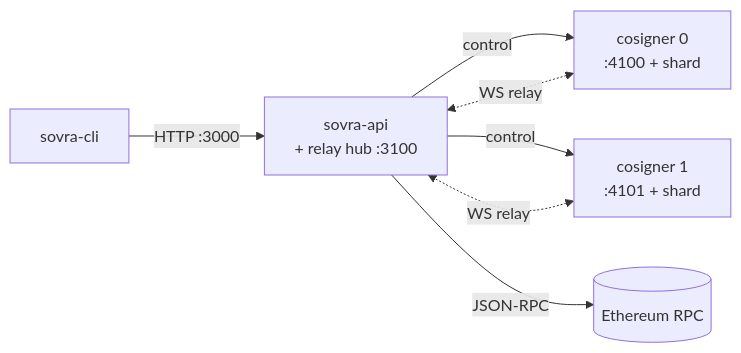
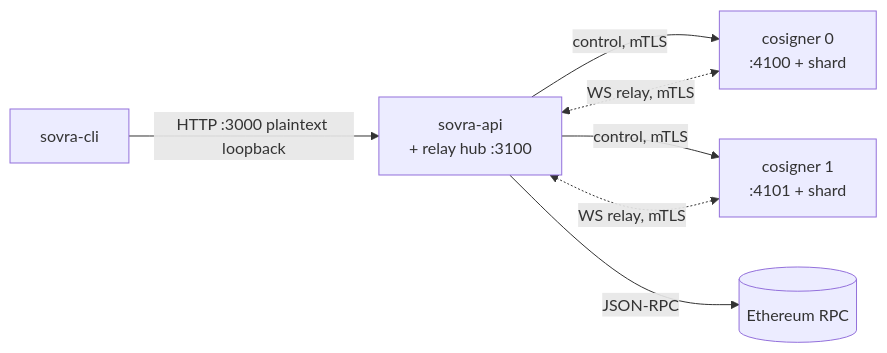
One commit to PierreOssun/SOVRA changed the second of 4 diagrams in docs/PROCESS_ARCHITECTURE.md. Above: the diagram before and after it, drawn with Mermaid. The commit also changed other lines of this file and 15 other files, not shown here.

Commit message:
mTLS on hub and WsRelay

````diff
--- a/docs/PROCESS_ARCHITECTURE.md
+++ b/docs/PROCESS_ARCHITECTURE.md
@@ -61,9 +64,9 @@
 ```mermaid
 graph LR
-    CLI[sovra-cli] -->|HTTP :3000| API["sovra-api<br/>+ relay hub :3100"]
-    API -->|control| C0["cosigner 0<br/>:4100 + shard"]
-    API -->|control| C1["cosigner 1<br/>:4101 + shard"]
-    C0 <-.->|WS relay| API
-    C1 <-.->|WS relay| API
+    CLI[sovra-cli] -->|HTTP :3000 plaintext loopback| API["sovra-api<br/>+ relay hub :3100"]
+    API -->|control, mTLS| C0["cosigner 0<br/>:4100 + shard"]
+    API -->|control, mTLS| C1["cosigner 1<br/>:4101 + shard"]
+    C0 <-.->|WS relay, mTLS| API
+    C1 <-.->|WS relay, mTLS| API
     API -->|JSON-RPC| RPC[(Ethereum RPC)]
 ```
````
